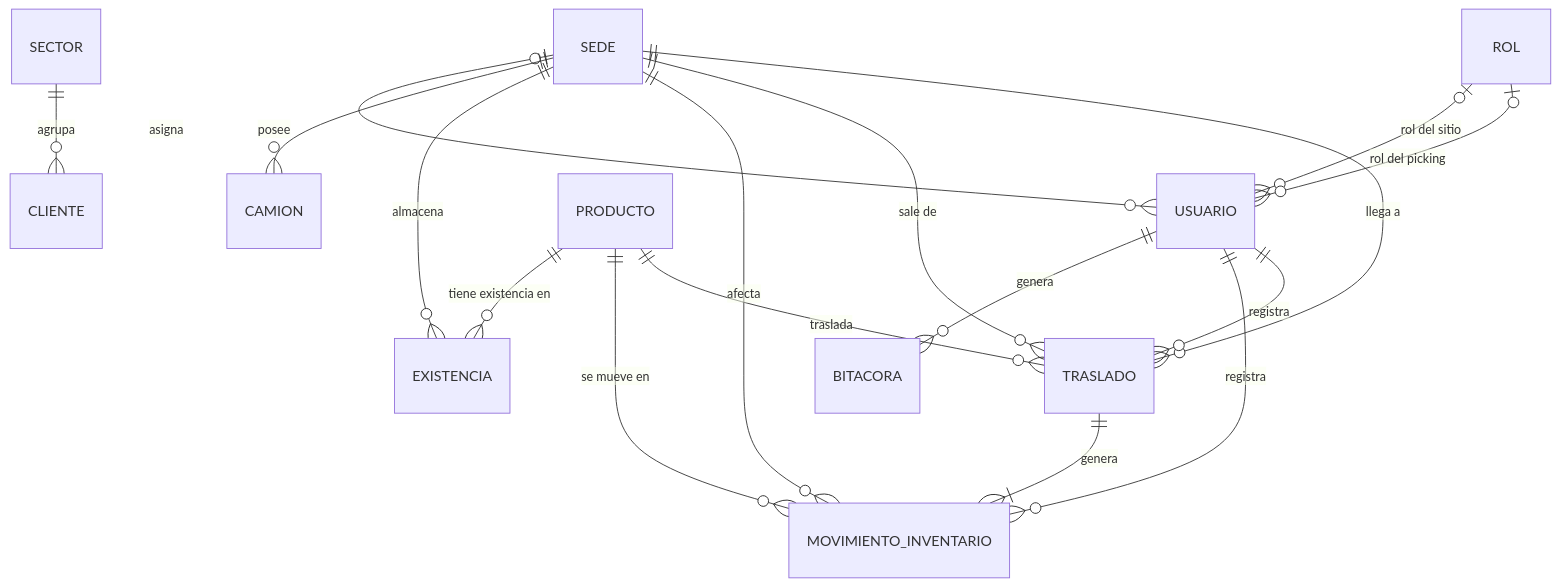
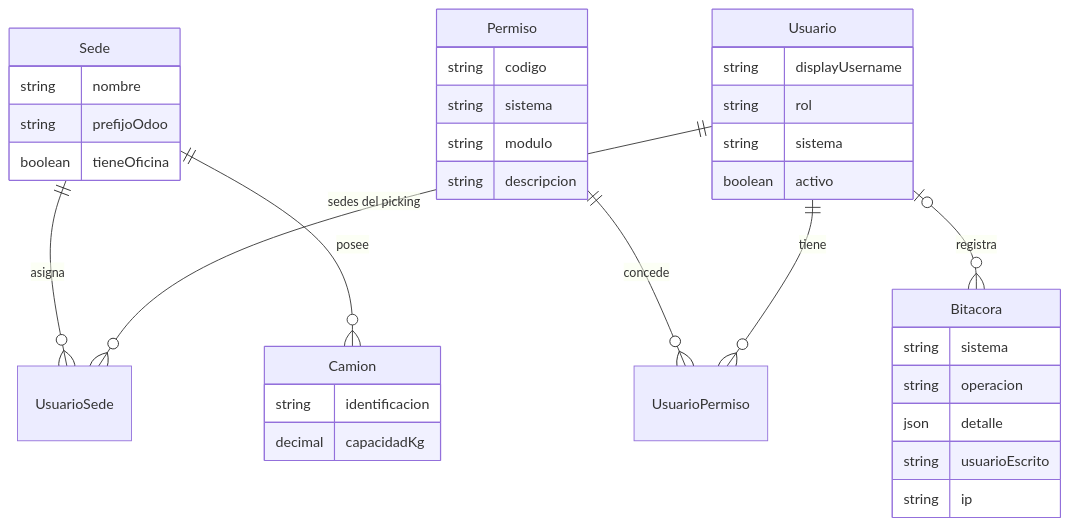
One commit to jordin-garcia/proyecto_incovsa changed the diagram in entregable-1/diagramas/figura-6-modelo-er-catalogos.mmd. Above: the diagram before and after it, drawn with Mermaid. The commit also changed 55 other files, not shown here.

```diff
--- a/entregable-1/diagramas/figura-6-modelo-er-catalogos.mmd
+++ b/entregable-1/diagramas/figura-6-modelo-er-catalogos.mmd
@@ -1,17 +1,39 @@
+%% Acceso y camiones. Nombres de prisma/schema.prisma.
+%% Sin rol como entidad, sin sector, sin cliente, sin catálogo de productos
+%% y sin existencia, traslado ni movimiento de inventario (specs/14, RN-40).
 erDiagram
-    SEDE |o--o{ USUARIO : asigna
-    ROL |o--o{ USUARIO : "rol del sitio"
-    ROL |o--o{ USUARIO : "rol del picking"
-    USUARIO ||--o{ BITACORA : genera
-    SEDE ||--o{ CAMION : posee
-    SECTOR ||--o{ CLIENTE : agrupa
-    PRODUCTO ||--o{ EXISTENCIA : "tiene existencia en"
-    SEDE ||--o{ EXISTENCIA : almacena
-    PRODUCTO ||--o{ MOVIMIENTO_INVENTARIO : "se mueve en"
-    SEDE ||--o{ MOVIMIENTO_INVENTARIO : afecta
-    USUARIO ||--o{ MOVIMIENTO_INVENTARIO : registra
-    TRASLADO ||--|{ MOVIMIENTO_INVENTARIO : genera
-    SEDE ||--o{ TRASLADO : "sale de"
-    SEDE ||--o{ TRASLADO : "llega a"
-    PRODUCTO ||--o{ TRASLADO : traslada
-    USUARIO ||--o{ TRASLADO : registra
+    Sede ||--o{ UsuarioSede : asigna
+    Usuario ||--o{ UsuarioSede : "sedes del picking"
+    Permiso ||--o{ UsuarioPermiso : concede
+    Usuario ||--o{ UsuarioPermiso : tiene
+    Sede ||--o{ Camion : posee
+    Usuario |o--o{ Bitacora : registra
+
+    Sede {
+        string nombre
+        string prefijoOdoo
+        boolean tieneOficina
+    }
+    Usuario {
+        string displayUsername
+        string rol
+        string sistema
+        boolean activo
+    }
+    Permiso {
+        string codigo
+        string sistema
+        string modulo
+        string descripcion
+    }
+    Camion {
+        string identificacion
+        decimal capacidadKg
+    }
+    Bitacora {
+        string sistema
+        string operacion
+        json detalle
+        string usuarioEscrito
+        string ip
+    }
```
